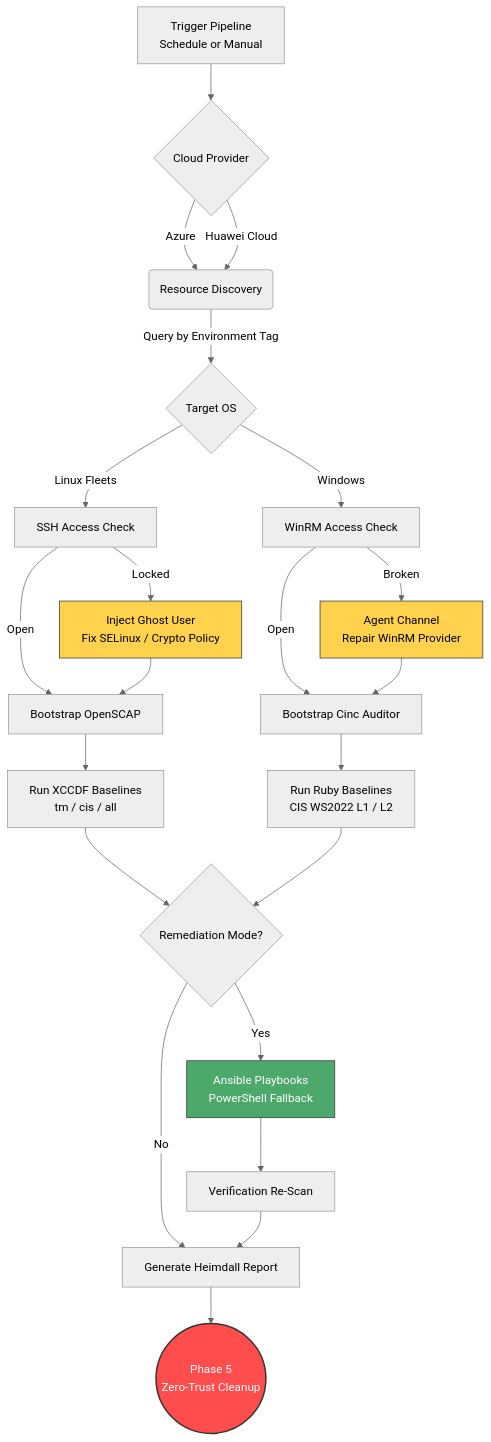
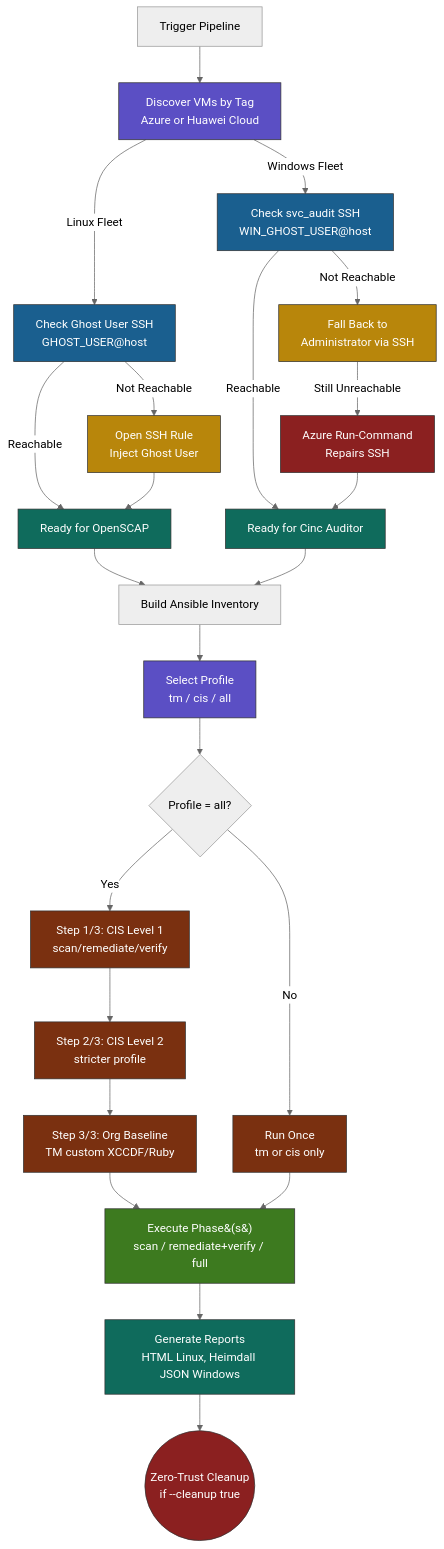
The diagram in README.md (danishkhan0101/X-Cloud-Multi-OS-Benchmark-Auditor), drawn with Mermaid (neutral theme) before and after one commit.

````diff
--- a/README.md
+++ b/README.md
@@ -32,36 +32,50 @@
 ```mermaid
 graph TD
-    A[Trigger Pipeline<br/>Schedule or Manual] --> P{Cloud Provider}
-    P -->|Azure| B(Resource Discovery)
-    P -->|Huawei Cloud| B
-    B -->|Query by Environment Tag| C{Target OS}
+    A[Trigger Pipeline] --> B[Discover VMs by Tag<br/>Azure or Huawei Cloud]
 
-    C -->|Linux Fleets| D[SSH Access Check]
-    C -->|Windows| E[WinRM Access Check]
+    B -->|Linux Fleet| D[Check Ghost User SSH<br/>GHOST_USER@host]
+    B -->|Windows Fleet| E[Check svc_audit SSH<br/>WIN_GHOST_USER@host]
 
-    D -- Locked --> F[Inject Ghost User<br/>Fix SELinux / Crypto Policy]
-    D -- Open --> G[Bootstrap OpenSCAP]
+    D -- Not Reachable --> F[Open SSH Rule<br/>Inject Ghost User]
+    D -- Reachable --> G[Ready for OpenSCAP]
     F --> G
 
-    E -- Broken --> H[Agent Channel<br/>Repair WinRM Provider]
-    E -- Open --> I[Bootstrap Cinc Auditor]
-    H --> I
+    E -- Not Reachable --> H[Fall Back to<br/>Administrator via SSH]
+    E -- Reachable --> I[Ready for Cinc Auditor]
+    H -- Still Unreachable --> H2[Azure Run-Command<br/>Repairs SSH]
+    H2 --> I
 
-    G --> J[Run XCCDF Baselines<br/>tm / cis / all]
-    I --> K[Run Ruby Baselines<br/>CIS WS2022 L1 / L2]
+    G --> J[Build Ansible Inventory]
+    I --> J
 
-    J --> L{Remediation Mode?}
-    K --> L
+    J --> K[Select Profile<br/>tm / cis / all]
 
-    L -- Yes --> M[Ansible Playbooks<br/>PowerShell Fallback]
-    M --> V[Verification Re-Scan]
-    L -- No --> N[Generate Heimdall Report]
-    V --> N
+    K --> L{Profile = all?}
+    L -- Yes --> M1[Step 1/3: CIS Level 1<br/>scan/remediate/verify]
+    M1 --> M2[Step 2/3: CIS Level 2<br/>stricter profile]
+    M2 --> M3[Step 3/3: Org Baseline<br/>TM custom XCCDF/Ruby]
+    L -- No --> M4[Run Once<br/>tm or cis only]
 
-    N --> O((Phase 5<br/>Zero-Trust Cleanup))
+    M3 --> N[Execute Phase&#40;s&#41;<br/>scan / remediate+verify / full]
+    M4 --> N
 
-    style O fill:#ff4d4d,stroke:#333,stroke-width:2px,color:#fff
-    style F fill:#ffd24d,stroke:#333,color:#000
-    style H fill:#ffd24d,stroke:#333,color:#000
-    style M fill:#4da96b,stroke:#333,color:#fff
+    N --> O[Generate Reports<br/>HTML Linux, Heimdall JSON Windows]
+    O --> P((Zero-Trust Cleanup<br/>if --cleanup true))
+
+    style B fill:#5b4fc4,stroke:#333,color:#fff
+    style D fill:#1a5f8f,stroke:#333,color:#fff
+    style E fill:#1a5f8f,stroke:#333,color:#fff
+    style F fill:#b8860b,stroke:#333,color:#fff
+    style H fill:#b8860b,stroke:#333,color:#fff
+    style H2 fill:#8b2020,stroke:#333,color:#fff
+    style G fill:#0f6b5c,stroke:#333,color:#fff
+    style I fill:#0f6b5c,stroke:#333,color:#fff
+    style K fill:#5b4fc4,stroke:#333,color:#fff
+    style M1 fill:#7a3010,stroke:#333,color:#fff
+    style M2 fill:#7a3010,stroke:#333,color:#fff
+    style M3 fill:#7a3010,stroke:#333,color:#fff
+    style M4 fill:#7a3010,stroke:#333,color:#fff
+    style N fill:#3d7a1f,stroke:#333,color:#fff
+    style O fill:#0f6b5c,stroke:#333,color:#fff
+    style P fill:#8b2020,stroke:#333,color:#fff
 ```
````
